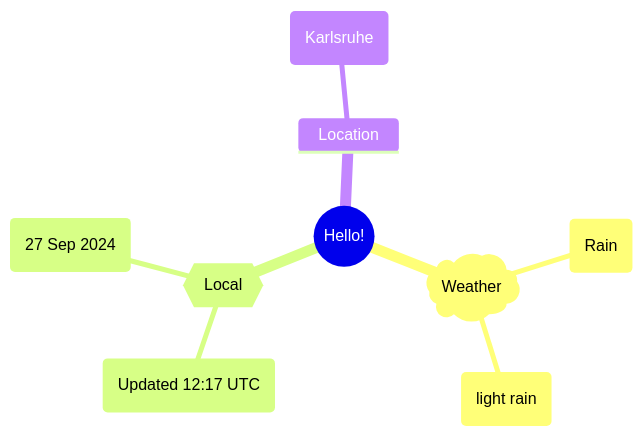
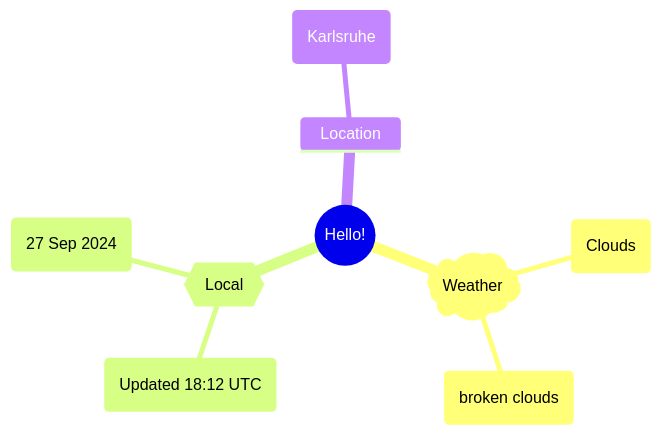
One commit to Xosrov/Xosrov changed the first of 2 diagrams in README.md. Above: the diagram before and after it, drawn with Mermaid.

Commit message:
[bot] updated images

````diff
--- a/README.md
+++ b/README.md
@@ -3,12 +3,12 @@
 ```mermaid
 mindmap
   root((Hello!))
     )Weather(
-        (Rain)
-        (light rain)
+        (Clouds)
+        (broken clouds)
     {{Local}}
-        (Updated 12:17 UTC)
+        (Updated 18:12 UTC)
         (27 Sep 2024)
     Location
         (Karlsruhe)
 ```
````
